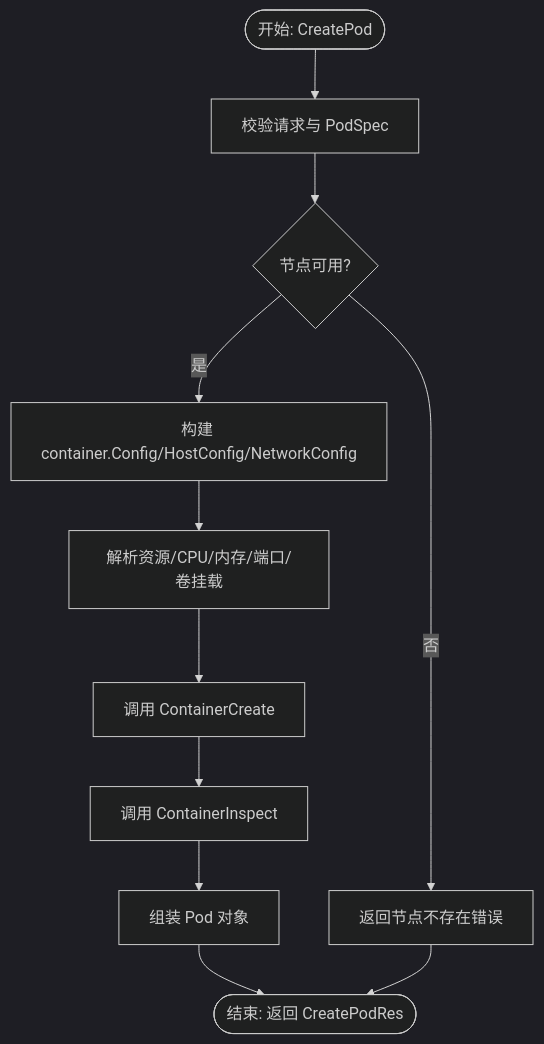
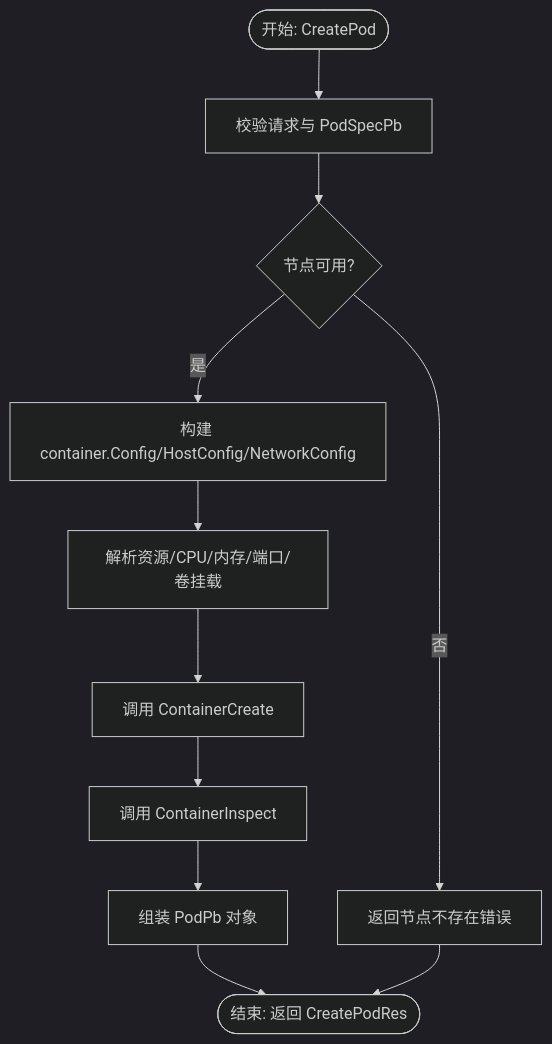
Before and after one commit to maomao94/zero-service: the fourth of 7 diagrams in .qoder/repowiki/zh/content/系统架构设计/微服务拆分设计/业务域服务/容器引擎服务.md, drawn with Mermaid (dark theme). The commit also changed other lines of this file and 15 other files, not shown here.

````diff
--- a/.qoder/repowiki/zh/content/系统架构设计/微服务拆分设计/业务域服务/容器引擎服务.md
+++ b/.qoder/repowiki/zh/content/系统架构设计/微服务拆分设计/业务域服务/容器引擎服务.md
@@ -281,13 +328,13 @@
 ```mermaid
 flowchart TD
-Start(["开始: CreatePod"]) --> Validate["校验请求与 PodSpec"]
+Start(["开始: CreatePod"]) --> Validate["校验请求与 PodSpecPb"]
 Validate --> NodeOk{"节点可用?"}
 NodeOk -- 否 --> ErrNode["返回节点不存在错误"]
 NodeOk -- 是 --> BuildCfg["构建 container.Config/HostConfig/NetworkConfig"]
 BuildCfg --> ParseRes["解析资源/CPU/内存/端口/卷挂载"]
 ParseRes --> Create["调用 ContainerCreate"]
 Create --> Inspect["调用 ContainerInspect"]
-Inspect --> BuildPod["组装 Pod 对象"]
+Inspect --> BuildPod["组装 PodPb 对象"]
 BuildPod --> Done(["结束: 返回 CreatePodRes"])
 ErrNode --> Done
 ```
````
